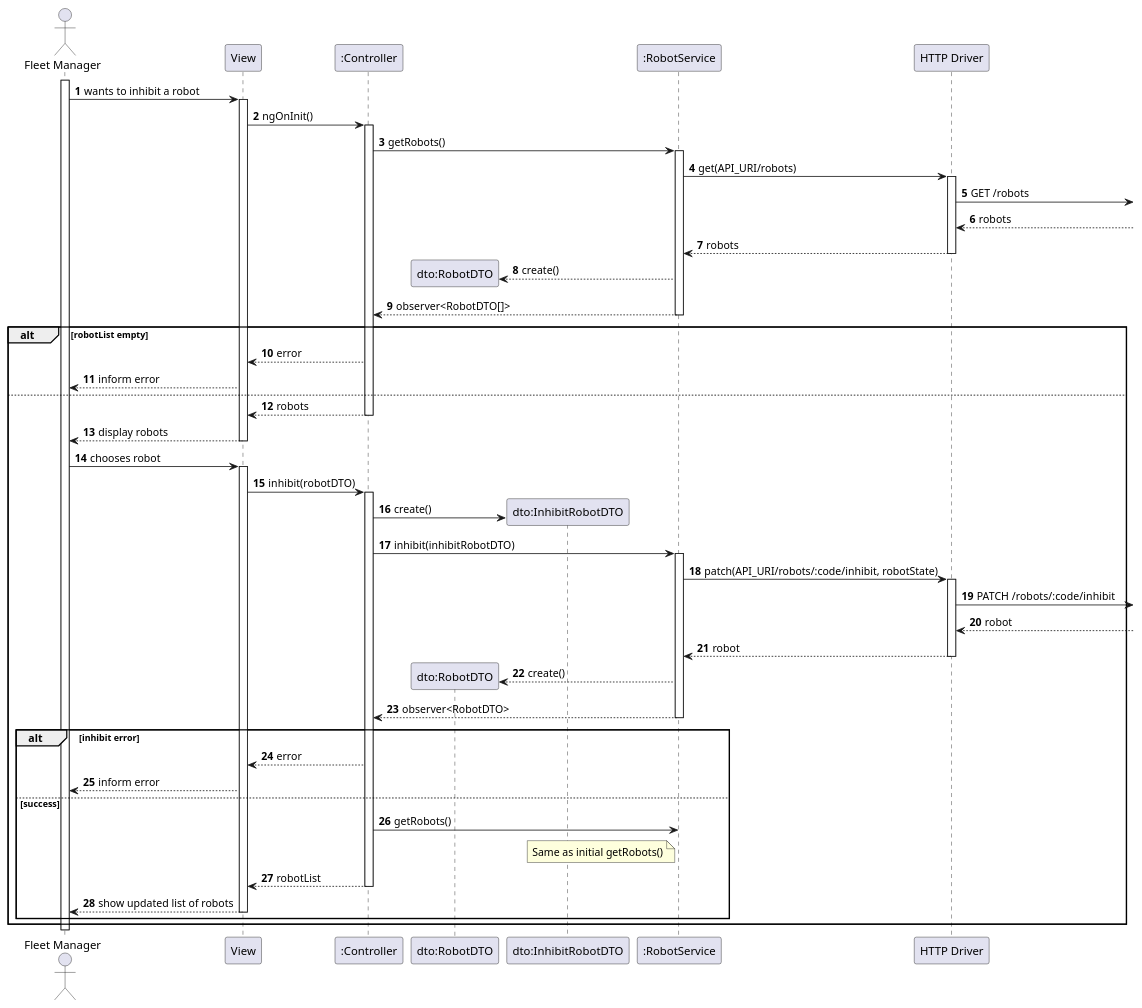
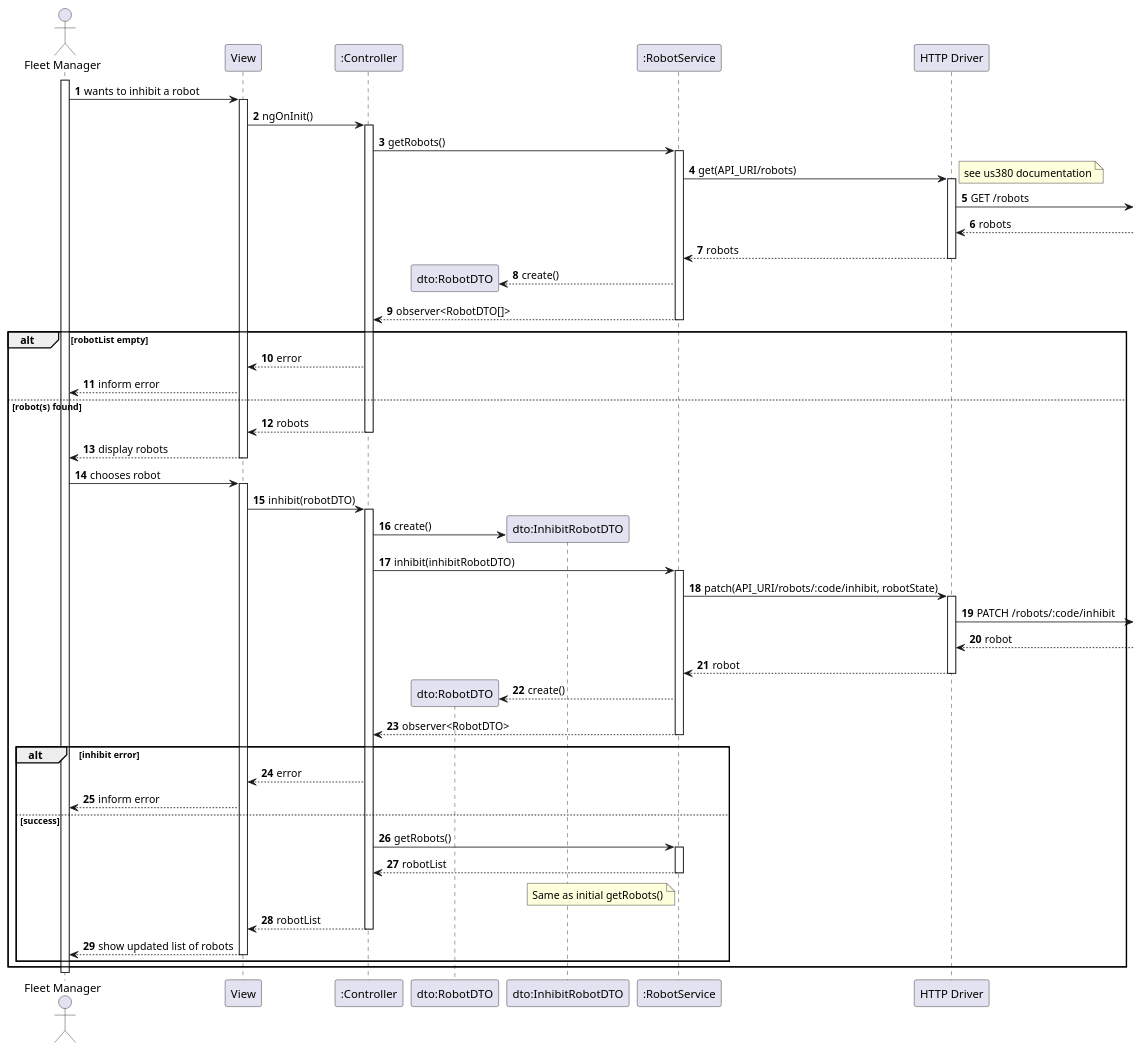
Before and after one commit to Departamento-de-Engenharia-Informatica/lapr5-23-24-g19: the diagram in docs/us1020/level3/process-view.puml, drawn with PlantUML. The commit also changed 5 other files, not shown here.

```diff
--- a/docs/us1020/level3/process-view.puml
+++ b/docs/us1020/level3/process-view.puml
@@ -1,82 +1,86 @@
 @startuml
 autonumber
 
 actor "Fleet Manager" as usr
 
 participant "View" as view
 participant ":Controller" as ctrl
 
 participant "dto:RobotDTO" as r_dto
 participant "dto:InhibitRobotDTO" as i_dto
 
 participant ":RobotService" as svc
 
 participant "HTTP Driver" as http
 
 activate usr
     usr -> view : wants to inhibit a robot
     activate view
         view -> ctrl : ngOnInit()
         activate ctrl
             ctrl -> svc : getRobots()
             activate svc
                 svc -> http : get(API_URI/robots)
+                note right : see us380 documentation
                 activate http
                     http ->] : GET /robots
                     http <--] : robots
 
                     http --> svc : robots
                 deactivate http
 
                 svc --> r_dto** : create()
                 ' activate r_dto
                 ' deactivate r_dto
 
                 svc --> ctrl : observer<RobotDTO[]>
             deactivate svc
 
 alt robotList empty
             ctrl --> view : error
             view --> usr : inform error
-else
+else robot(s) found
             ctrl --> view : robots
         deactivate ctrl
         view --> usr : display robots
     deactivate view
 
     usr -> view : chooses robot
     activate view
         view -> ctrl : inhibit(robotDTO)
         activate ctrl
             ctrl -> i_dto** : create()
 
             ctrl -> svc : inhibit(inhibitRobotDTO)
             activate svc
                 svc -> http : patch(API_URI/robots/:code/inhibit, robotState)
                 activate http
                     http ->] : PATCH /robots/:code/inhibit
                     http <--] : robot
 
                     http --> svc : robot
                 deactivate http
 
                 svc --> r_dto** : create()
                 svc --> ctrl : observer<RobotDTO>
             deactivate svc
 
 alt inhibit error
             ctrl --> view : error
             view --> usr : inform error
 else success
             ctrl -> svc : getRobots()
+            activate svc
+                svc --> ctrl: robotList
+            deactivate svc
             note left of svc : Same as initial getRobots()
             ctrl --> view : robotList
         deactivate ctrl
 
         view --> usr : show updated list of robots
     deactivate view
 end
 end
 deactivate usr
 
 @enduml
```
